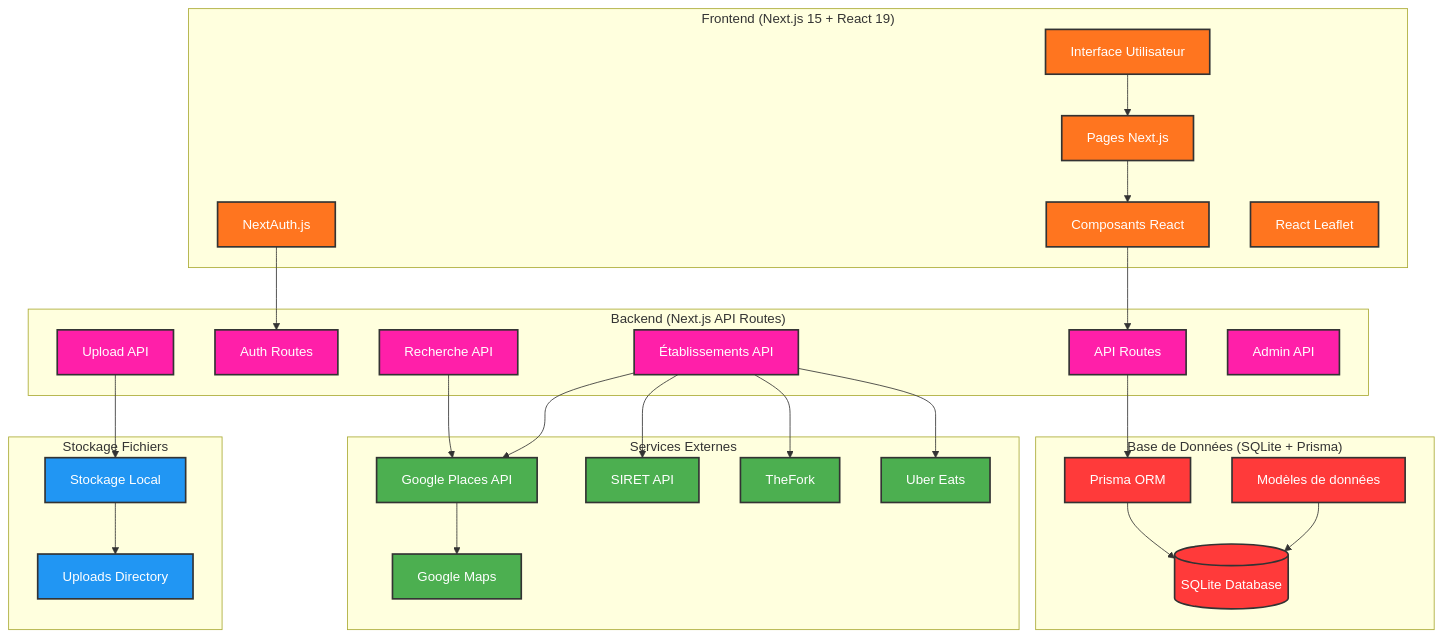
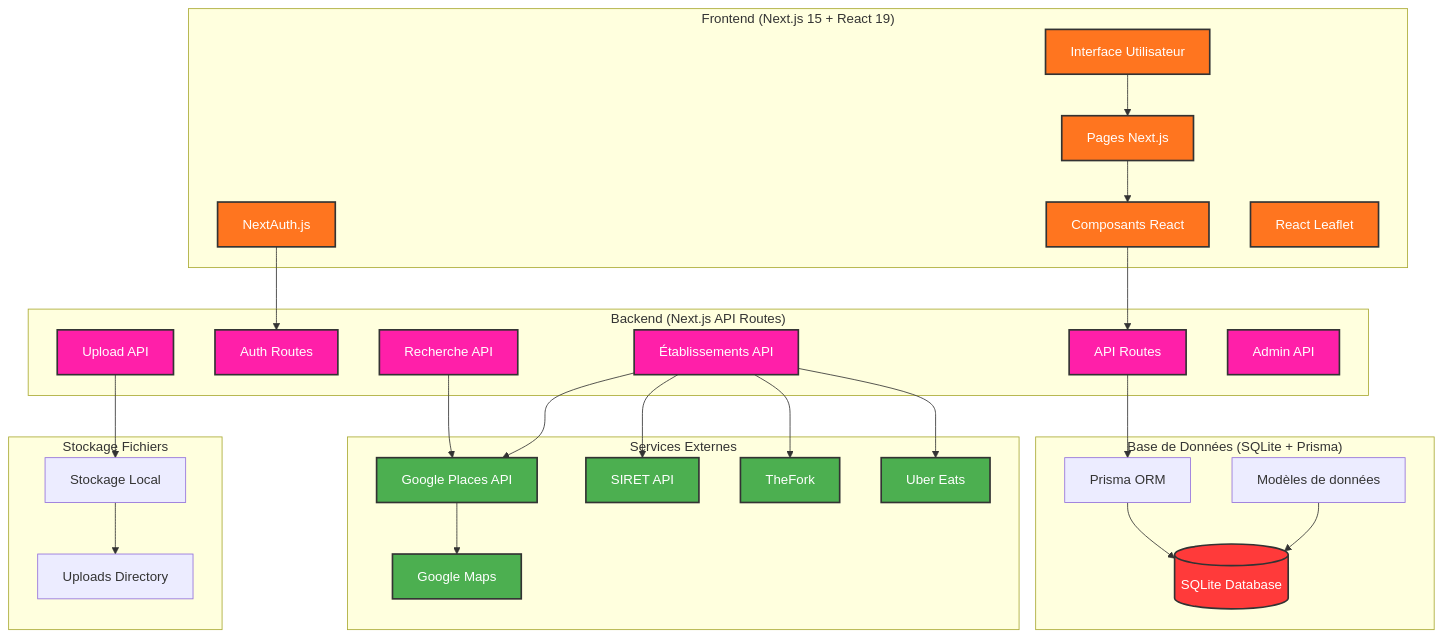
Before and after one commit to voicedhealer/envie2sortir: the third of 7 diagrams in README.md, drawn with Mermaid. The commit also changed other lines of this file and 121 other files, not shown here.

````diff
--- a/README.md
+++ b/README.md
@@ -514,77 +516,77 @@
 ```mermaid
 graph TB
     %% Frontend Layer
     subgraph "Frontend (Next.js 15 + React 19)"
         UI[Interface Utilisateur]
         Pages[Pages Next.js]
         Components[Composants React]
         Auth[NextAuth.js]
         Maps[React Leaflet]
     end
 
     %% Backend Layer
     subgraph "Backend (Next.js API Routes)"
         API[API Routes]
         AuthAPI[Auth Routes]
         SearchAPI[Recherche API]
         EstabAPI[Établissements API]
         UploadAPI[Upload API]
         AdminAPI[Admin API]
     end
 
     %% Database Layer
     subgraph "Base de Données (SQLite + Prisma)"
         DB[(SQLite Database)]
         Prisma[Prisma ORM]
         Models[Modèles de données]
     end
 
     %% External Services
     subgraph "Services Externes"
         GooglePlaces[Google Places API]
         GoogleMaps[Google Maps]
         SIRET[SIRET API]
         TheFork[TheFork]
         UberEats[Uber Eats]
     end
 
     %% File Storage
     subgraph "Stockage Fichiers"
         LocalStorage[Stockage Local]
         Uploads[Uploads Directory]
     end
 
     %% Data Flow
     UI --> Pages
     Pages --> Components
     Components --> API
     Auth --> AuthAPI
     
     API --> Prisma
     Prisma --> DB
     Models --> DB
     
     SearchAPI --> GooglePlaces
     EstabAPI --> GooglePlaces
     EstabAPI --> SIRET
     
     UploadAPI --> LocalStorage
     LocalStorage --> Uploads
     
     GooglePlaces --> GoogleMaps
     EstabAPI --> TheFork
     EstabAPI --> UberEats
 
     %% Styling
     classDef frontend fill:#ff751f,stroke:#333,stroke-width:2px,color:#fff
     classDef backend fill:#ff1fa9,stroke:#333,stroke-width:2px,color:#fff
     classDef database fill:#ff3a3a,stroke:#333,stroke-width:2px,color:#fff
     classDef external fill:#4CAF50,stroke:#333,stroke-width:2px,color:#fff
     classDef storage fill:#2196F3,stroke:#333,stroke-width:2px,color:#fff
 
     class UI,Pages,Components,Auth,Maps frontend
     class API,AuthAPI,SearchAPI,EstabAPI,UploadAPI,AdminAPI backend
-    class DB,Prisma,Models database
+    class DB,Supabase,PostgreSQL database
     class GooglePlaces,GoogleMaps,SIRET,TheFork,UberEats external
-    class LocalStorage,Uploads storage
+    class SupabaseStorage,Storage storage
 ```
````
